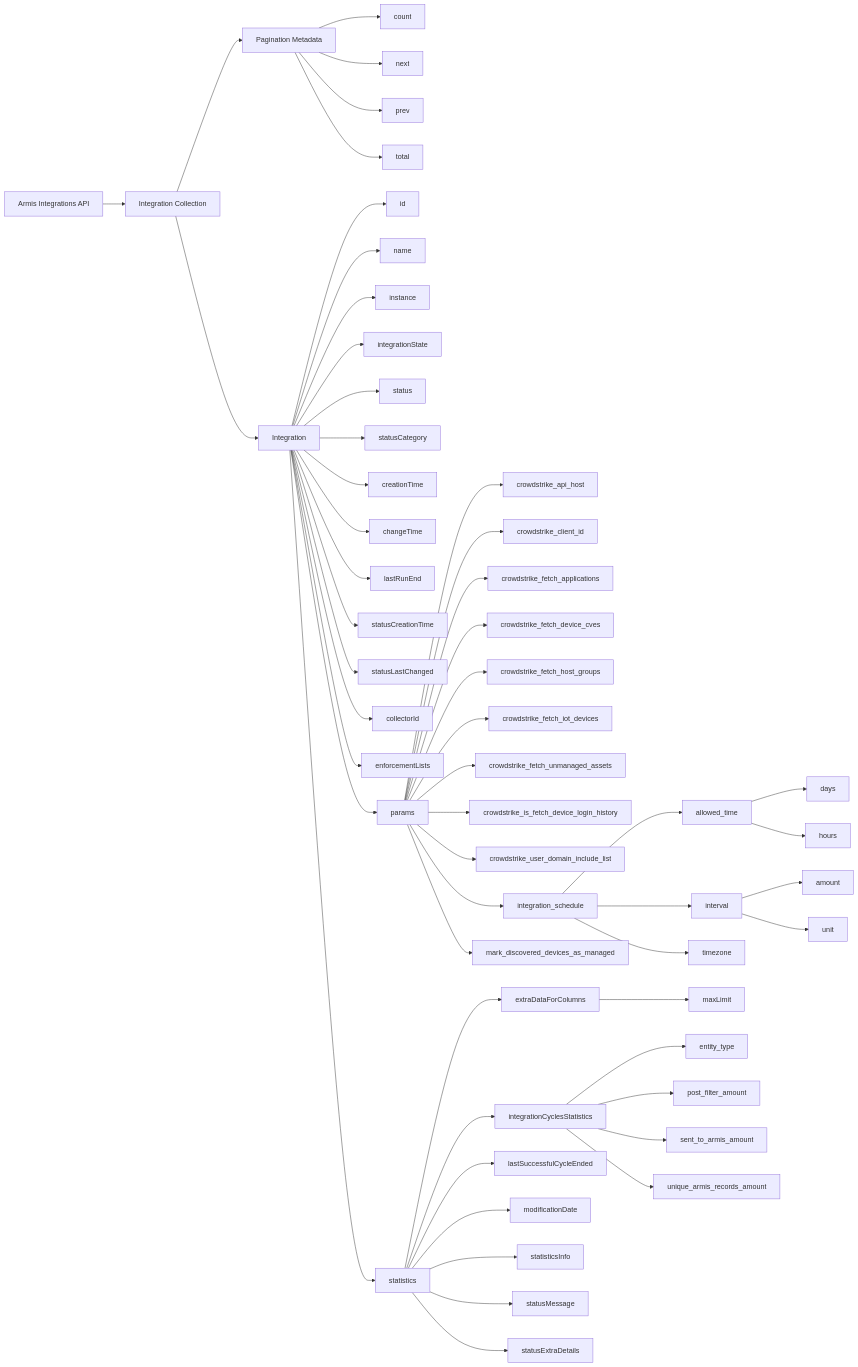
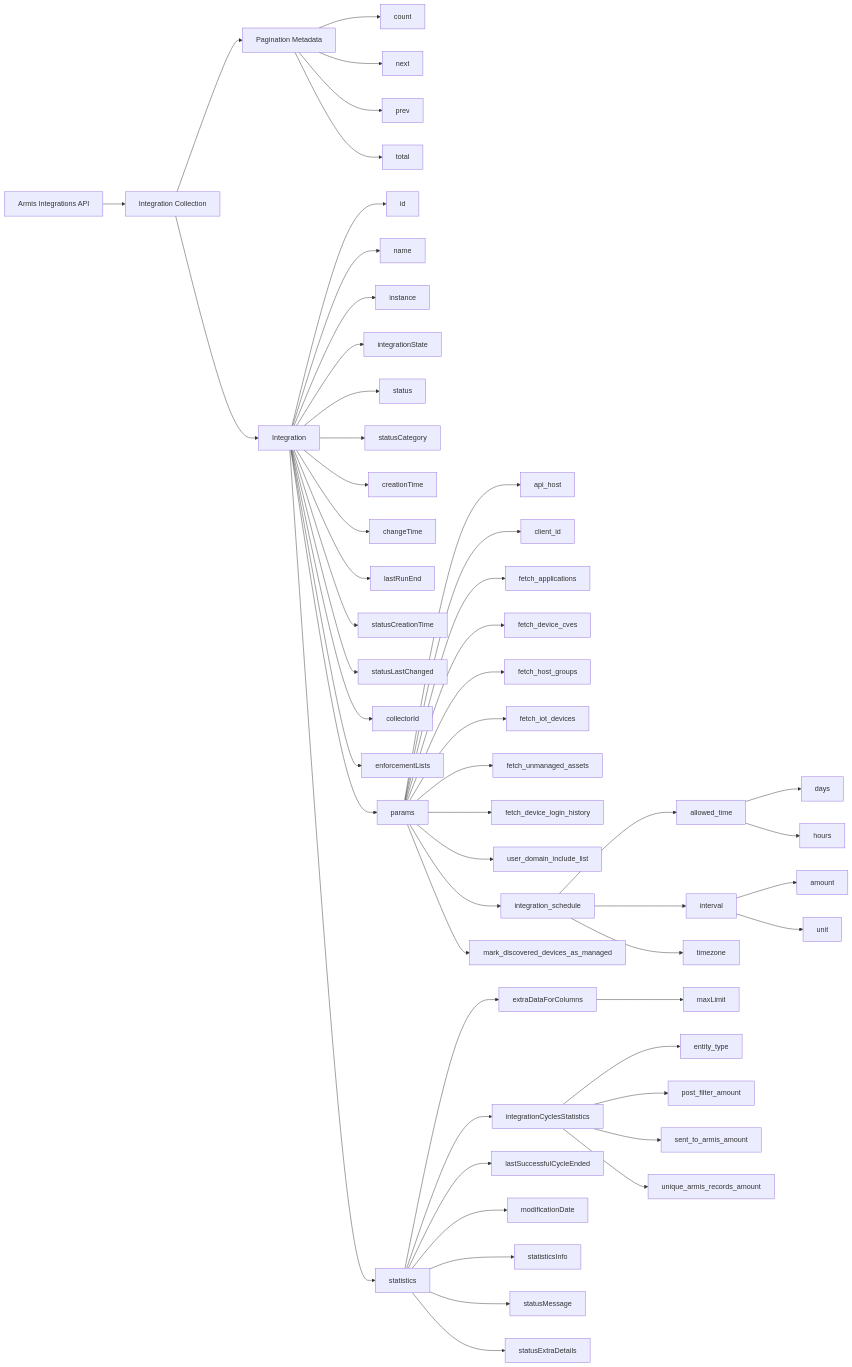
The diagram in Armis/ArmisSDK_Integrations.mmd (markteicher/Armis-Centrix-for-Splunk), drawn with Mermaid before and after one commit.

```diff
--- a/Armis/ArmisSDK_Integrations.mmd
+++ b/Armis/ArmisSDK_Integrations.mmd
@@ -1,79 +1,79 @@
 flowchart LR
 
     API[Armis Integrations API]
     API --> COLLECTION[Integration Collection]
 
     %% Pagination Metadata
     COLLECTION --> PAGINATION[Pagination Metadata]
     PAGINATION --> COUNT[count]
     PAGINATION --> NEXT[next]
     PAGINATION --> PREV[prev]
     PAGINATION --> TOTAL[total]
 
     %% Integration Object
     COLLECTION --> INTEGRATION[Integration]
 
     %% Identity & Lifecycle
     INTEGRATION --> INT_ID[id]
     INTEGRATION --> NAME[name]
     INTEGRATION --> INSTANCE[instance]
     INTEGRATION --> STATE[integrationState]
     INTEGRATION --> STATUS[status]
     INTEGRATION --> STATUS_CAT[statusCategory]
 
     %% Time Metadata
     INTEGRATION --> CREATED[creationTime]
     INTEGRATION --> CHANGED[changeTime]
     INTEGRATION --> LAST_RUN[lastRunEnd]
     INTEGRATION --> STATUS_CREATED[statusCreationTime]
     INTEGRATION --> STATUS_CHANGED[statusLastChanged]
 
     %% Collector & Enforcement
     INTEGRATION --> COLLECTOR_ID[collectorId]
     INTEGRATION --> ENFORCEMENT[enforcementLists]
 
     %% Params Block
     INTEGRATION --> PARAMS[params]
 
-    PARAMS --> API_HOST[crowdstrike_api_host]
-    PARAMS --> CLIENT_ID[crowdstrike_client_id]
-    PARAMS --> FETCH_APPS[crowdstrike_fetch_applications]
-    PARAMS --> FETCH_CVES[crowdstrike_fetch_device_cves]
-    PARAMS --> FETCH_GROUPS[crowdstrike_fetch_host_groups]
-    PARAMS --> FETCH_IOT[crowdstrike_fetch_iot_devices]
-    PARAMS --> FETCH_UNMANAGED[crowdstrike_fetch_unmanaged_assets]
-    PARAMS --> FETCH_LOGINS[crowdstrike_is_fetch_device_login_history]
-    PARAMS --> USER_DOMAIN[crowdstrike_user_domain_include_list]
+    PARAMS --> API_HOST[api_host]
+    PARAMS --> CLIENT_ID[client_id]
+    PARAMS --> FETCH_APPS[fetch_applications]
+    PARAMS --> FETCH_CVES[fetch_device_cves]
+    PARAMS --> FETCH_GROUPS[fetch_host_groups]
+    PARAMS --> FETCH_IOT[fetch_iot_devices]
+    PARAMS --> FETCH_UNMANAGED[fetch_unmanaged_assets]
+    PARAMS --> FETCH_LOGINS[fetch_device_login_history]
+    PARAMS --> USER_DOMAIN[user_domain_include_list]
 
     %% Integration Schedule
     PARAMS --> SCHEDULE[integration_schedule]
 
     SCHEDULE --> ALLOWED_TIME[allowed_time]
     ALLOWED_TIME --> DAYS[days]
     ALLOWED_TIME --> HOURS[hours]
 
     SCHEDULE --> INTERVAL[interval]
     INTERVAL --> INT_AMOUNT[amount]
     INTERVAL --> INT_UNIT[unit]
     SCHEDULE --> TIMEZONE[timezone]
 
     %% Device Handling
     PARAMS --> MARK_MANAGED[mark_discovered_devices_as_managed]
 
     %% Statistics Block
     INTEGRATION --> STATS[statistics]
 
     STATS --> EXTRA_COLS[extraDataForColumns]
     EXTRA_COLS --> MAX_LIMIT[maxLimit]
 
     STATS --> CYCLE_STATS[integrationCyclesStatistics]
     CYCLE_STATS --> ENTITY_TYPE[entity_type]
     CYCLE_STATS --> POST_FILTER[post_filter_amount]
     CYCLE_STATS --> SENT[sent_to_armis_amount]
     CYCLE_STATS --> UNIQUE[unique_armis_records_amount]
 
     STATS --> LAST_SUCCESS[lastSuccessfulCycleEnded]
     STATS --> MOD_DATE[modificationDate]
     STATS --> STATUS_INFO[statisticsInfo]
     STATS --> STATUS_MSG[statusMessage]
     STATS --> STATUS_DETAILS[statusExtraDetails]
```
